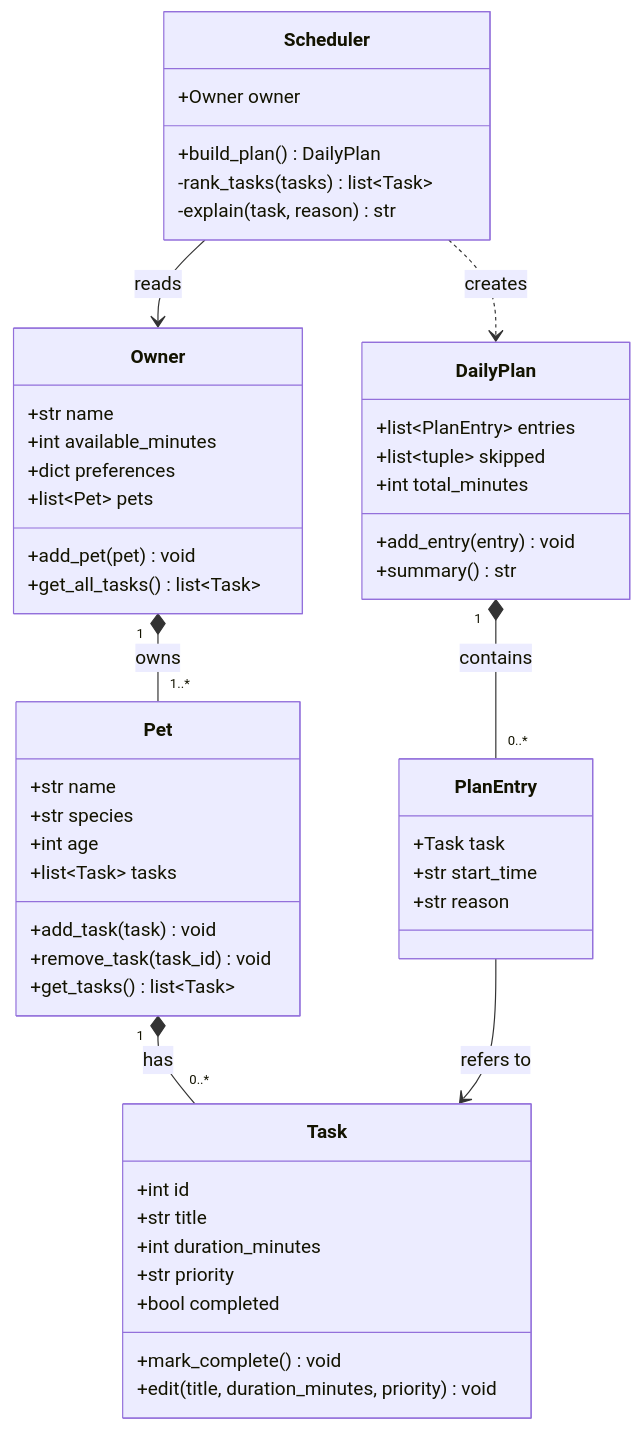
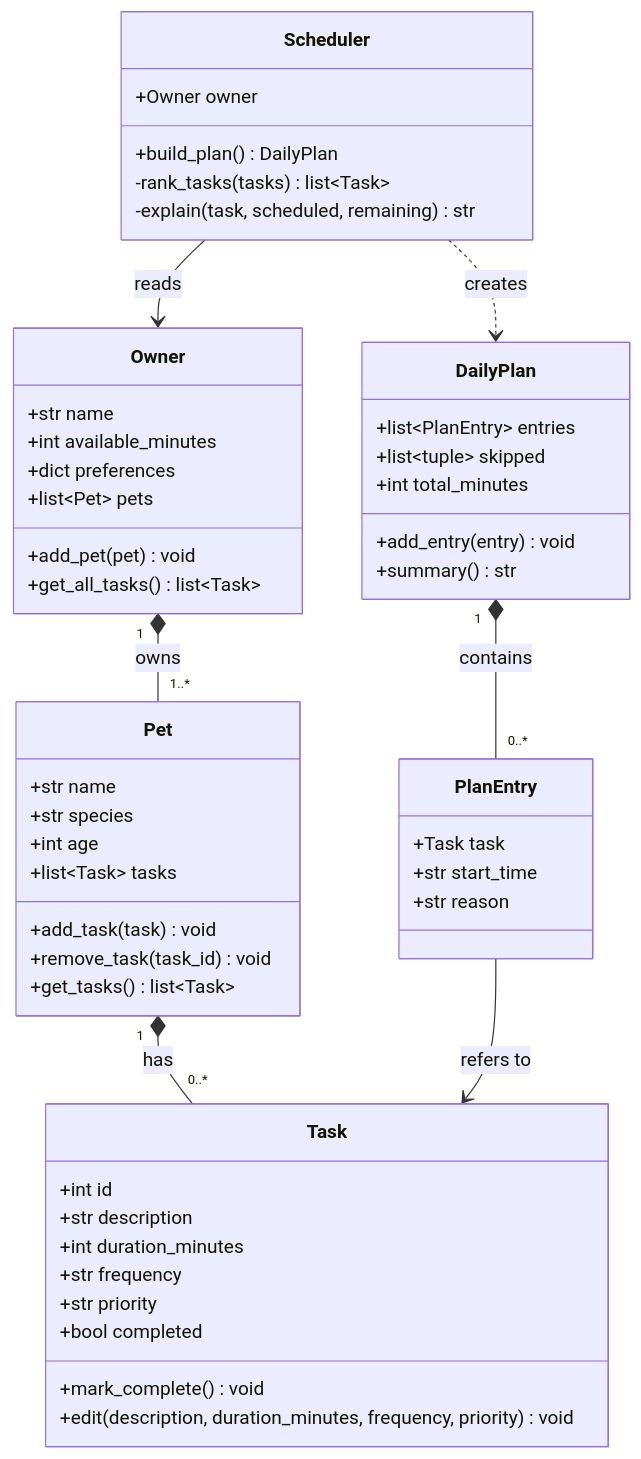
The diagram in diagrams/uml.mmd (hassan47khan/ai110-module2show-pawpal-starter), drawn with Mermaid before and after one commit. The commit also changed 1 other file, not shown here.

Commit message:
feat: implement domain model logic and add UML diagram

```diff
--- a/diagrams/uml.mmd
+++ b/diagrams/uml.mmd
@@ -1,57 +1,58 @@
 classDiagram
     class Owner {
         +str name
         +int available_minutes
         +dict preferences
         +list~Pet~ pets
         +add_pet(pet) void
         +get_all_tasks() list~Task~
     }
 
     class Pet {
         +str name
         +str species
         +int age
         +list~Task~ tasks
         +add_task(task) void
         +remove_task(task_id) void
         +get_tasks() list~Task~
     }
 
     class Task {
         +int id
-        +str title
+        +str description
         +int duration_minutes
+        +str frequency
         +str priority
         +bool completed
         +mark_complete() void
-        +edit(title, duration_minutes, priority) void
+        +edit(description, duration_minutes, frequency, priority) void
     }
 
     class Scheduler {
         +Owner owner
         +build_plan() DailyPlan
         -rank_tasks(tasks) list~Task~
-        -explain(task, reason) str
+        -explain(task, scheduled, remaining) str
     }
 
     class DailyPlan {
         +list~PlanEntry~ entries
         +list~tuple~ skipped
         +int total_minutes
         +add_entry(entry) void
         +summary() str
     }
 
     class PlanEntry {
         +Task task
         +str start_time
         +str reason
     }
 
     Owner "1" *-- "1..*" Pet : owns
     Pet "1" *-- "0..*" Task : has
     Scheduler --> Owner : reads
     Scheduler ..> DailyPlan : creates
     DailyPlan "1" *-- "0..*" PlanEntry : contains
     PlanEntry --> Task : refers to
```
